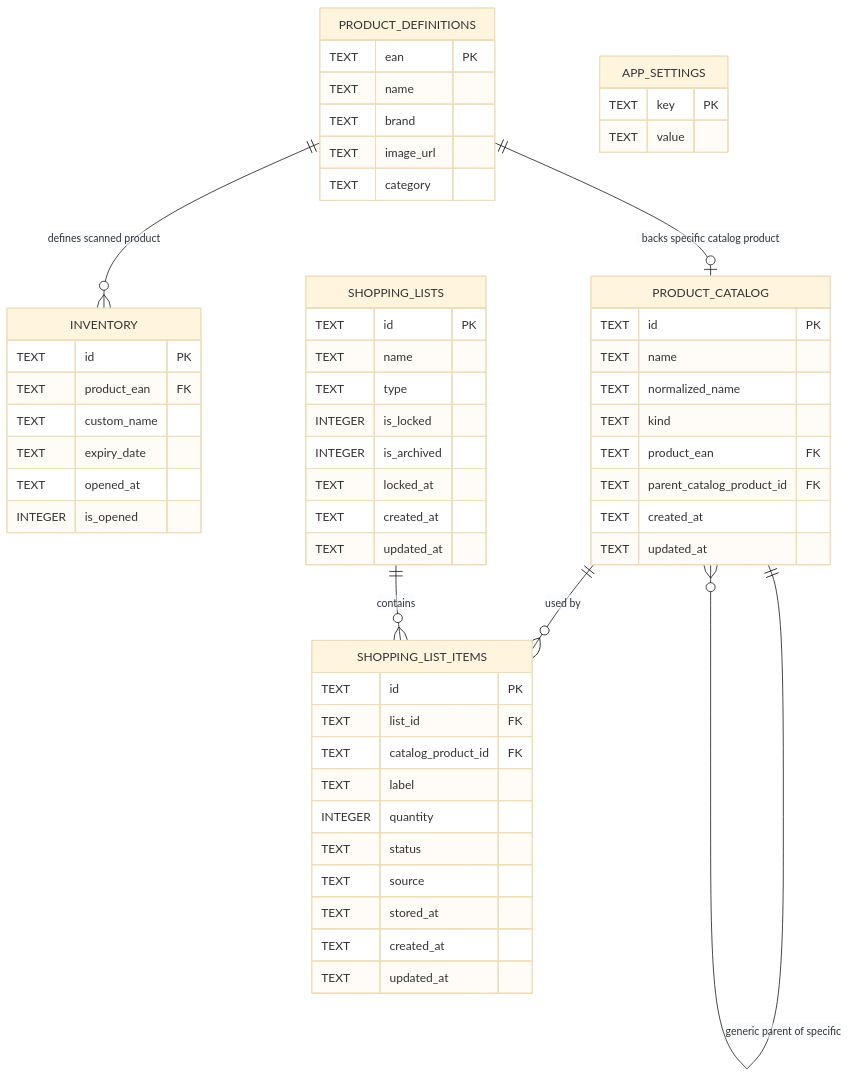
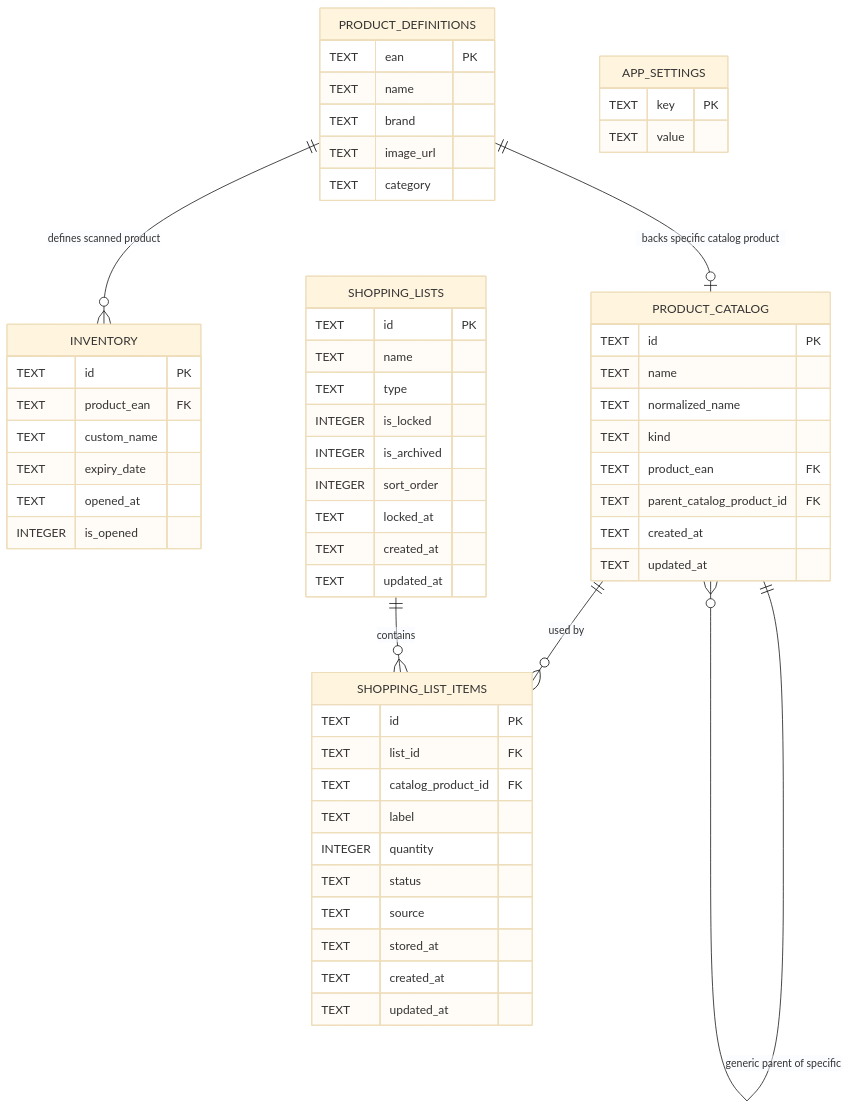
The diagram in docs/db/schema.md (nazwa-zespolu/ShelfChef), drawn with Mermaid (base theme) before and after one commit. The commit also changed other lines of this file and 9 other files, not shown here.

````diff
--- a/docs/db/schema.md
+++ b/docs/db/schema.md
@@ -4,67 +4,68 @@
 ```mermaid
 erDiagram
     PRODUCT_DEFINITIONS {
         TEXT ean PK
         TEXT name
         TEXT brand
         TEXT image_url
         TEXT category
     }
 
     INVENTORY {
         TEXT id PK
         TEXT product_ean FK
         TEXT custom_name
         TEXT expiry_date
         TEXT opened_at
         INTEGER is_opened
     }
 
     APP_SETTINGS {
         TEXT key PK
         TEXT value
     }
 
     PRODUCT_CATALOG {
         TEXT id PK
         TEXT name
         TEXT normalized_name
         TEXT kind
         TEXT product_ean FK
         TEXT parent_catalog_product_id FK
         TEXT created_at
         TEXT updated_at
     }
 
     SHOPPING_LISTS {
         TEXT id PK
         TEXT name
         TEXT type
         INTEGER is_locked
         INTEGER is_archived
+        INTEGER sort_order
         TEXT locked_at
         TEXT created_at
         TEXT updated_at
     }
 
     SHOPPING_LIST_ITEMS {
         TEXT id PK
         TEXT list_id FK
         TEXT catalog_product_id FK
         TEXT label
         INTEGER quantity
         TEXT status
         TEXT source
         TEXT stored_at
         TEXT created_at
         TEXT updated_at
     }
 
     PRODUCT_DEFINITIONS ||--o{ INVENTORY : "defines scanned product"
     PRODUCT_DEFINITIONS ||--o| PRODUCT_CATALOG : "backs specific catalog product"
 
     PRODUCT_CATALOG ||--o{ SHOPPING_LIST_ITEMS : "used by"
     PRODUCT_CATALOG ||--o{ PRODUCT_CATALOG : "generic parent of specific"
 
     SHOPPING_LISTS ||--o{ SHOPPING_LIST_ITEMS : "contains"
 ```
````
